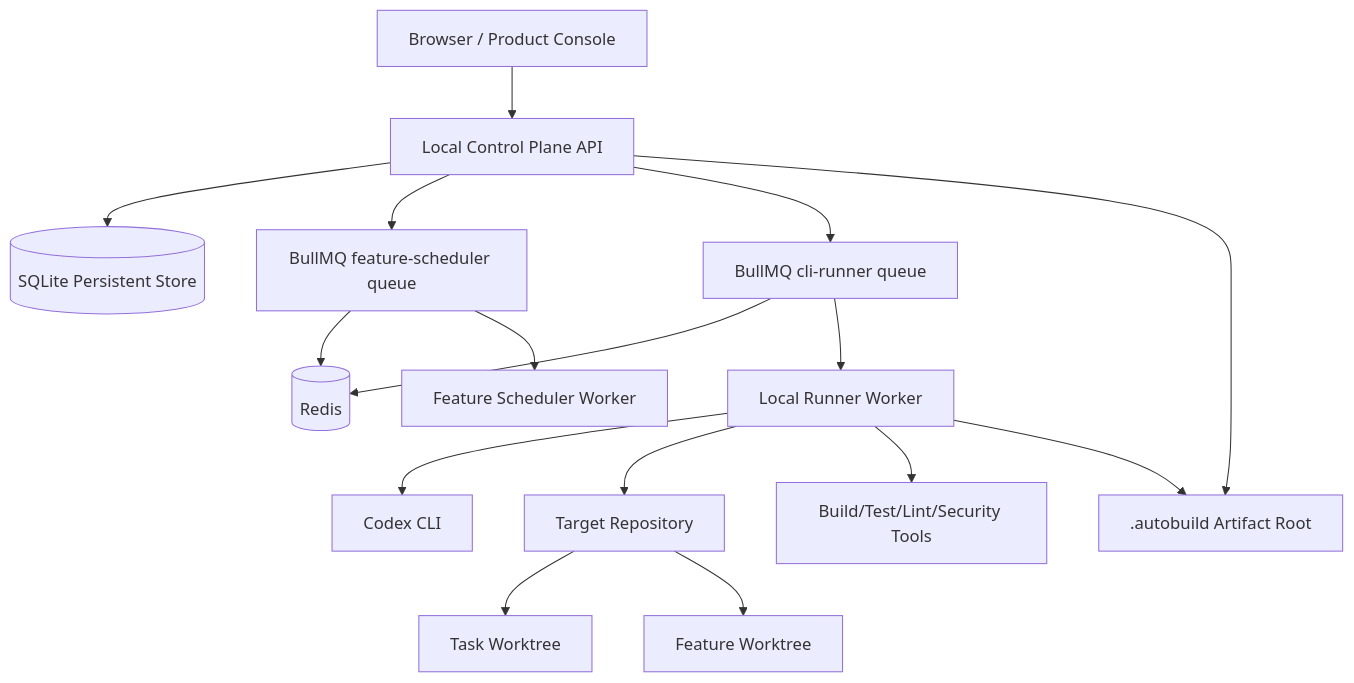
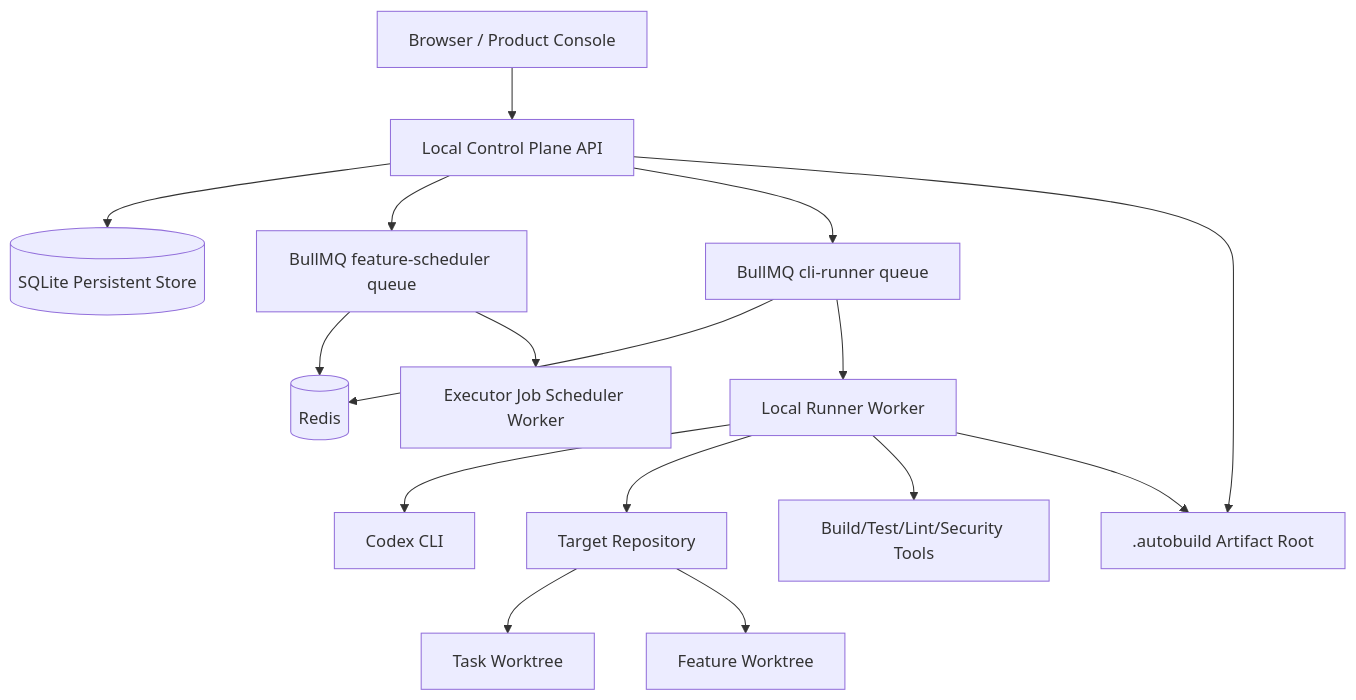
Before and after one commit to songcojp/Spec-Driven-Autonomous-Coding-System: the sixth of 6 diagrams in docs/zh-CN/hld.md, drawn with Mermaid. The commit also changed other lines of this file and 24 other files, not shown here.

````diff
--- a/docs/zh-CN/hld.md
+++ b/docs/zh-CN/hld.md
@@ -664,18 +665,18 @@
 ```mermaid
 flowchart TB
   Browser[Browser / Product Console] --> API[Local Control Plane API]
   API --> DB[(SQLite Persistent Store)]
   API --> FeatureQueue[BullMQ feature-scheduler queue]
   API --> CliQueue[BullMQ cli-runner queue]
   FeatureQueue --> Redis[(Redis)]
   CliQueue --> Redis
   API --> Files[.autobuild Artifact Root]
-  FeatureQueue --> FeatureWorker[Feature Scheduler Worker]
+  FeatureQueue --> FeatureWorker[Executor Job Scheduler Worker]
   CliQueue --> Runner[Local Runner Worker]
   Runner --> Codex[Codex CLI]
   Runner --> Repo[Target Repository]
   Repo --> WT1[Task Worktree]
   Repo --> WT2[Feature Worktree]
   Runner --> Tools[Build/Test/Lint/Security Tools]
   Runner --> Files
 ```
````
